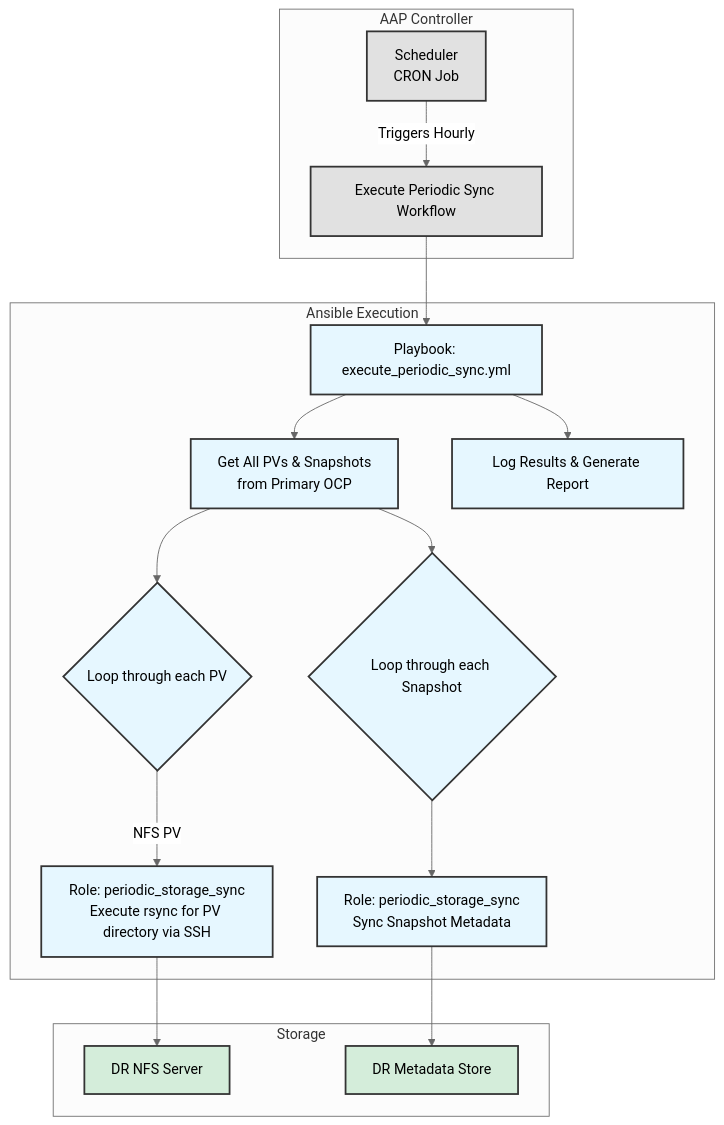
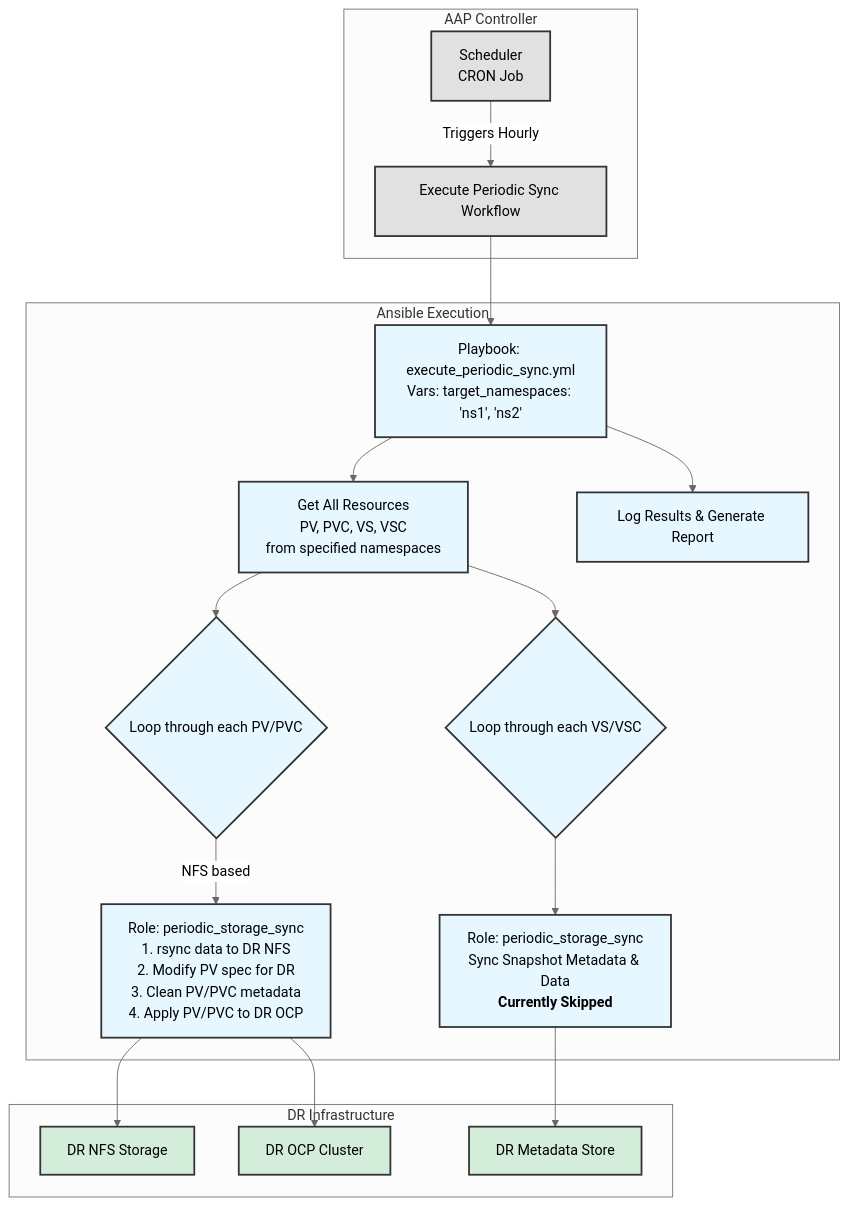
The second of 3 diagrams in planning/ansible-dr-design-en.md (wangzheng422/ansible-dr-demo), drawn with Mermaid (neutral theme) before and after one commit. The commit also changed other lines of this file and 3 other files, not shown here.

````diff
--- a/planning/ansible-dr-design-en.md
+++ b/planning/ansible-dr-design-en.md
@@ -49,33 +49,35 @@
 ```mermaid
 graph TD
     subgraph AAP Controller
         A[Scheduler<br>CRON Job] -- Triggers Hourly --> B[Execute Periodic Sync Workflow];
     end
 
     subgraph Ansible Execution
-        B --> C[Playbook: execute_periodic_sync.yml];
-        C --> D[Get All PVs & Snapshots<br>from Primary OCP];
-        D --> E{Loop through each PV};
-        E -- NFS PV --> F[Role: periodic_storage_sync<br>Execute rsync for PV directory via SSH];
-        D --> G{Loop through each Snapshot};
-        G --> H[Role: periodic_storage_sync<br>Sync Snapshot Metadata];
+        B --> C[Playbook: execute_periodic_sync.yml<br>Vars: target_namespaces: 'ns1', 'ns2'];
+        C --> D[Get All Resources<br>PV, PVC, VS, VSC<br>from specified namespaces];
+        D --> E{Loop through each PV/PVC};
+        E -- NFS based --> F[Role: periodic_storage_sync<br>1. rsync data to DR NFS<br>2. Modify PV spec for DR<br>3. Clean PV/PVC metadata<br>4. Apply PV/PVC to DR OCP];
+        D --> G{Loop through each VS/VSC};
+        G --> H[Role: periodic_storage_sync<br>Sync Snapshot Metadata & Data<br><b>Currently Skipped</b>];
         C --> I[Log Results & Generate Report];
     end
 
-    subgraph Storage
-        F --> J[DR NFS Server];
+    subgraph "DR Infrastructure"
+        F --> J[DR NFS Storage];
+        F --> L[DR OCP Cluster];
         H --> K[DR Metadata Store];
     end
 
     style A fill:#e1e1e1,stroke:#333,stroke-width:2px
     style B fill:#e1e1e1,stroke:#333,stroke-width:2px
     style C fill:#e6f7ff,stroke:#333,stroke-width:2px
     style D fill:#e6f7ff,stroke:#333,stroke-width:2px
     style E fill:#e6f7ff,stroke:#333,stroke-width:2px
     style F fill:#e6f7ff,stroke:#333,stroke-width:2px
     style G fill:#e6f7ff,stroke:#333,stroke-width:2px
     style H fill:#e6f7ff,stroke:#333,stroke-width:2px
     style I fill:#e6f7ff,stroke:#333,stroke-width:2px
     style J fill:#d4edda,stroke:#333,stroke-width:2px
     style K fill:#d4edda,stroke:#333,stroke-width:2px
+    style L fill:#d4edda,stroke:#333,stroke-width:2px
 ```
````
